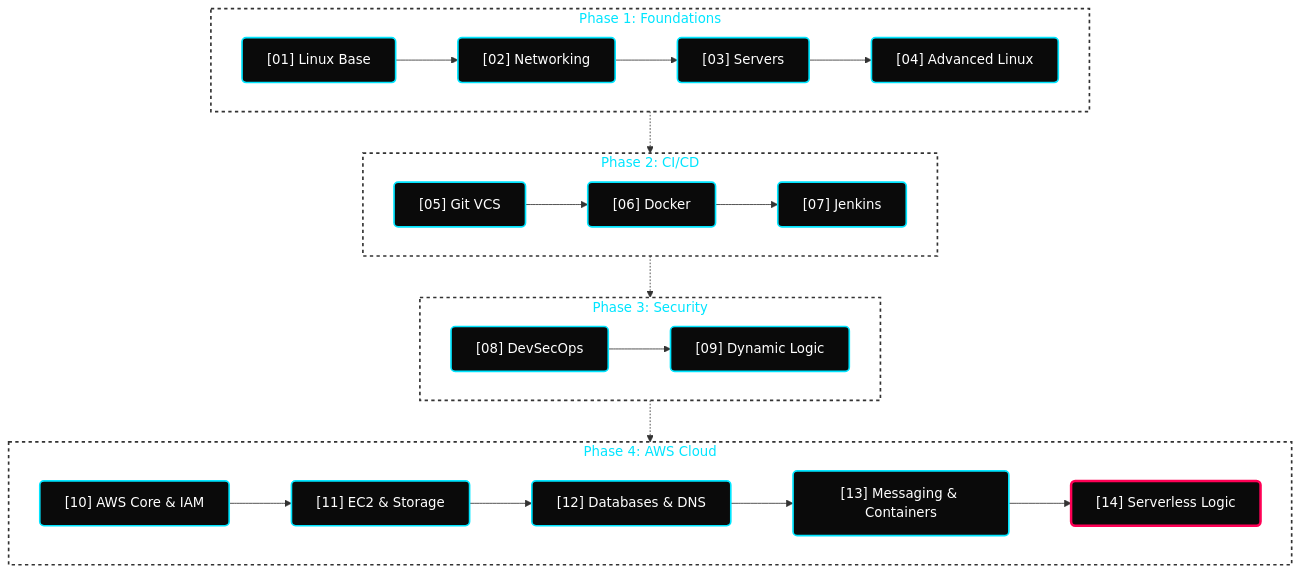
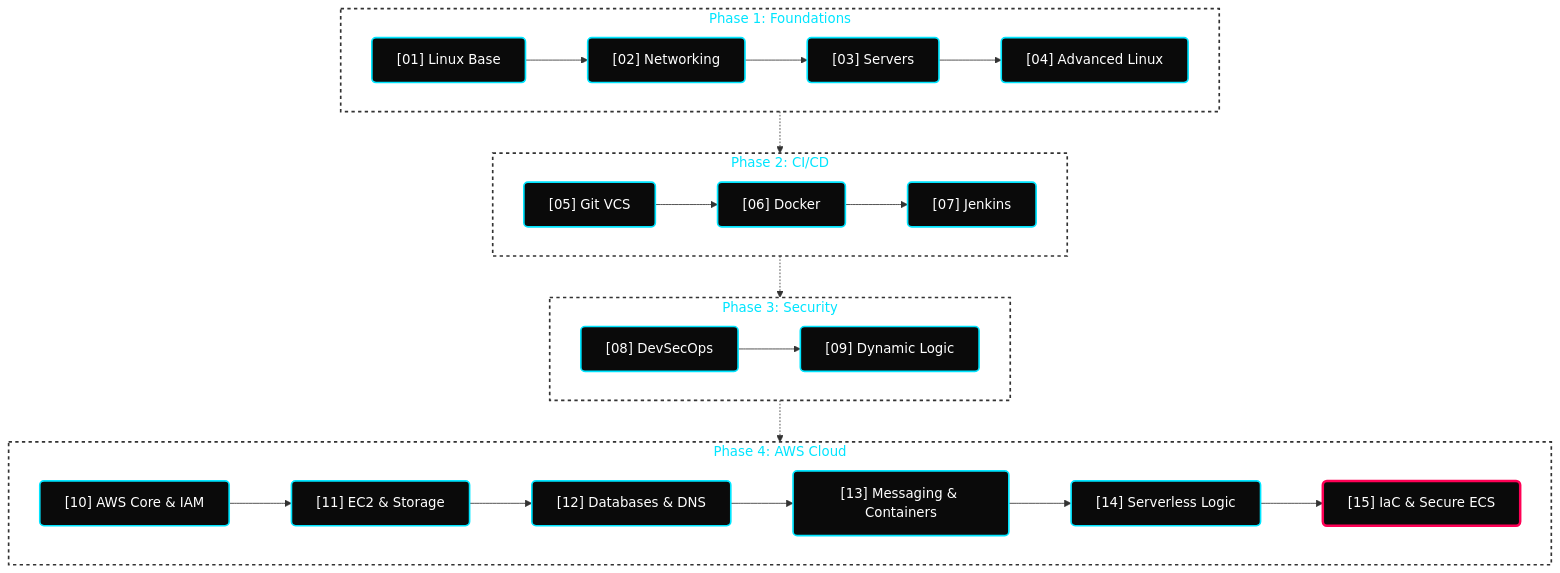
Before and after one commit to hridyen/DevOps-Survival-Roadmap: the diagram in README.md, drawn with Mermaid. The commit also changed other lines of this file and 14 other files, not shown here.

````diff
--- a/README.md
+++ b/README.md
@@ -95,28 +98,28 @@
 ```mermaid
 flowchart TD
     classDef default fill:#0A0A0A,stroke:#00E5FF,stroke-width:2px,color:#FFFFFF,rx:5px,ry:5px;
     classDef active fill:#0A0A0A,stroke:#FF0055,stroke-width:3px,color:#FFFFFF,rx:5px,ry:5px;
     classDef phase fill:transparent,stroke:#333333,stroke-width:2px,stroke-dasharray: 4 4,color:#00E5FF;
 
     subgraph P1 [Phase 1: Foundations]
         A["[01] Linux Base"] --> B["[02] Networking"] --> C["[03] Servers"] --> D["[04] Advanced Linux"]
     end
 
     subgraph P2 [Phase 2: CI/CD]
         E["[05] Git VCS"] --> F["[06] Docker"] --> G["[07] Jenkins"]
     end
 
     subgraph P3 [Phase 3: Security]
         H["[08] DevSecOps"] --> I["[09] Dynamic Logic"]
     end
 
     subgraph P4 [Phase 4: AWS Cloud]
-        J["[10] AWS Core & IAM"] --> K["[11] EC2 & Storage"] --> L["[12] Databases & DNS"] --> M["[13] Messaging & Containers"] --> N["[14] Serverless Logic"]:::active
+        J["[10] AWS Core & IAM"] --> K["[11] EC2 & Storage"] --> L["[12] Databases & DNS"] --> M["[13] Messaging & Containers"] --> N["[14] Serverless Logic"] --> O["[15] IaC & Secure ECS"]:::active
     end
 
     P1 -.-> P2
     P2 -.-> P3
     P3 -.-> P4
     
     class P1,P2,P3,P4 phase;
 ```
````
